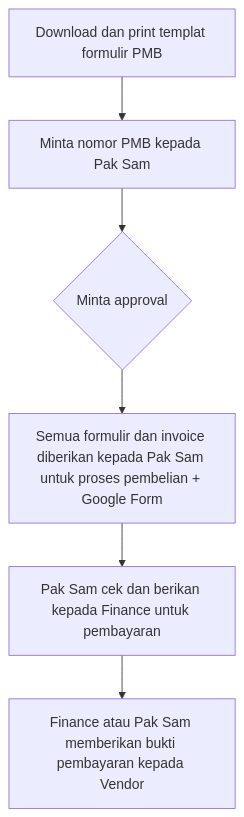
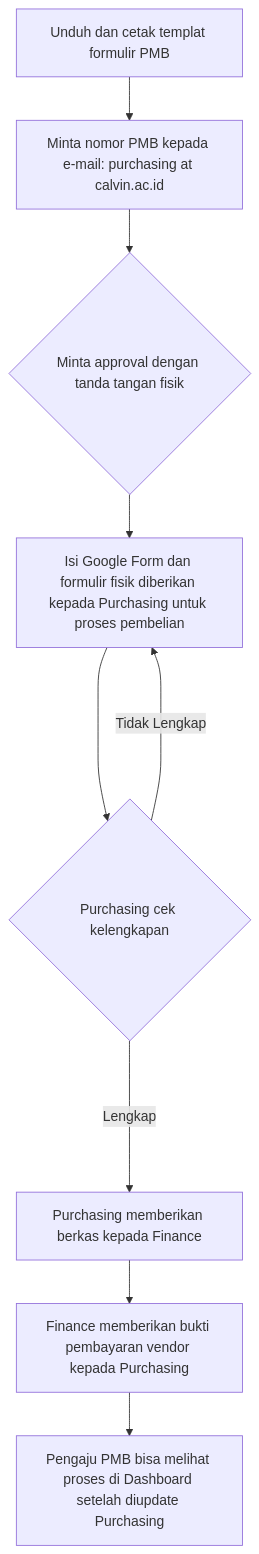
Before and after one commit to ezratjung-calvin/flowchart: the diagram in finance/PMB.md, drawn with Mermaid.

Commit message:
Update PMB.md dengan click

````diff
--- a/finance/PMB.md
+++ b/finance/PMB.md
@@ -5,19 +5,26 @@
 ```mermaid
     flowchart TD;
       
-        A0[Download dan print templat formulir PMB]
-        B0[Minta nomor PMB kepada Pak Sam]
-        C0{Minta approval}
-        D0[Semua formulir dan invoice diberikan kepada Pak Sam untuk proses pembelian + Google Form]
-        E0[Pak Sam cek dan berikan kepada Finance untuk pembayaran]
-        F0[Finance atau Pak Sam memberikan bukti pembayaran kepada Vendor]
+        A0[Unduh dan cetak templat formulir PMB]
+        B0[Minta nomor PMB kepada e-mail: purchasing at calvin.ac.id]
+        C0{Minta approval dengan tanda tangan fisik}
+        D0[Isi Google Form dan formulir fisik diberikan kepada Purchasing untuk proses pembelian]
+        E0{Purchasing cek kelengkapan}
+        F0[Purchasing memberikan berkas kepada Finance]
+        G0[Finance memberikan bukti pembayaran vendor kepada Purchasing]
+        H0[Pengaju PMB bisa melihat proses di Dashboard setelah diupdate Purchasing]
         
         A0 --> B0
         B0 --> C0
         C0 --> D0
         D0 --> E0
-        E0 --> F0
-        
+        E0 -- Lengkap ----> F0
+        E0 -- Tidak Lengkap ----> D0
+        F0 --> G0
+        G0 --> H0
+
+        click A0 "https://drive.google.com/file/d/1n_CrbAWdl9e3U0lypXBaHdNXq3IAsnV4/view?usp=sharing" "Open this in a new tab" _blank
+        click C0 "https://drive.google.com/file/d/1k9oI7VEglaBNFH8Zs5ReXn0smp41Pl-3/view" "Open this in a new tab" _blank
         click D0 "https://docs.google.com/forms/d/e/1FAIpQLScA17F4A_zZG7xg4NweWRKz_1dTxN_oeLB1EFTO6JiE23Zg2g/viewform" "Open this in a new tab" _blank
  
 ```
````
